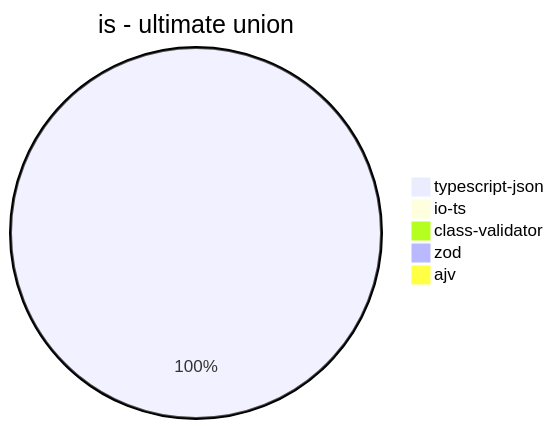
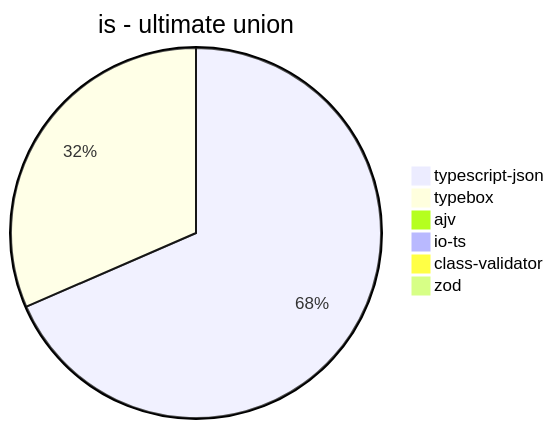
The eighth of 39 diagrams in benchmark/results/11th Gen Intel(R) Core(TM) i5-1135G7 @ 2.40GHz.md (samchon/typia), drawn with Mermaid before and after one commit. The commit also changed other lines of this file and 16 other files, not shown here.

````diff
--- a/benchmark/results/11th Gen Intel(R) Core(TM) i5-1135G7 @ 2.40GHz.md
+++ b/benchmark/results/11th Gen Intel(R) Core(TM) i5-1135G7 @ 2.40GHz.md
@@ -91,8 +98,9 @@
 ```mermaid
 pie title is - ultimate union
-  "typescript-json": 626.9251676028266
+  "typescript-json": 548.9229645856152
+  "typebox": 252.66582324236398
+  "ajv": 0
   "io-ts": 0
   "class-validator": 0
-  "zod": 0
-  "ajv": 0
+  "zod": 0.3459609064175748
 ```
````
